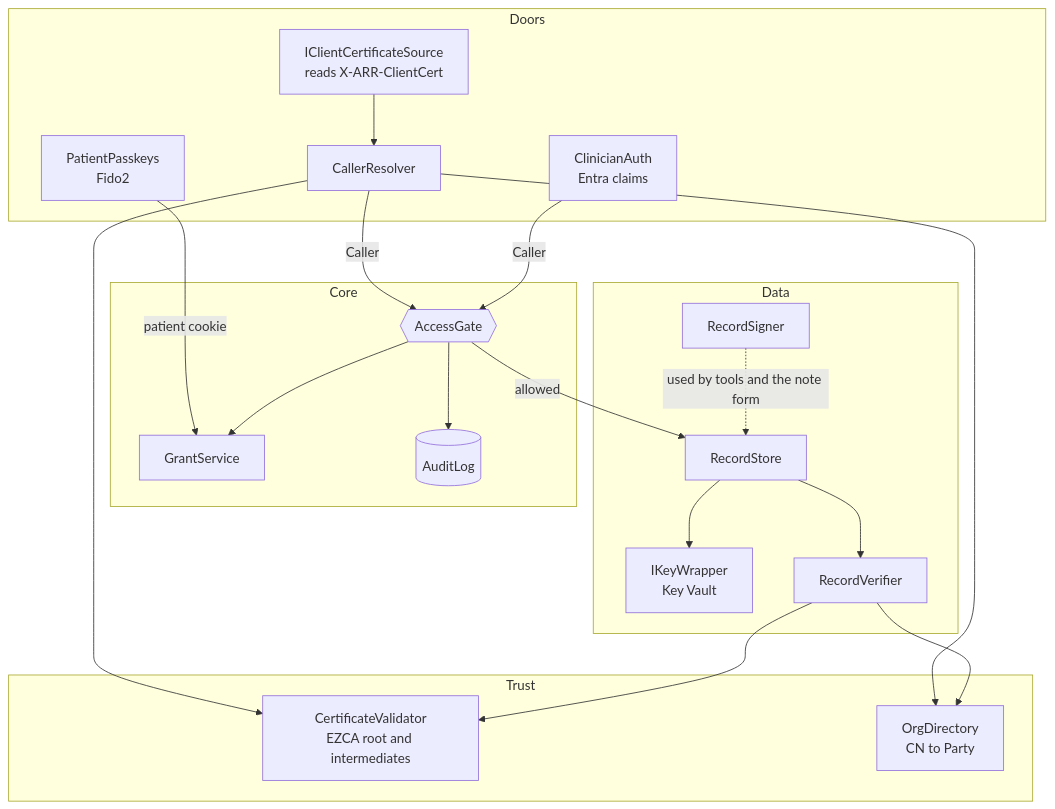
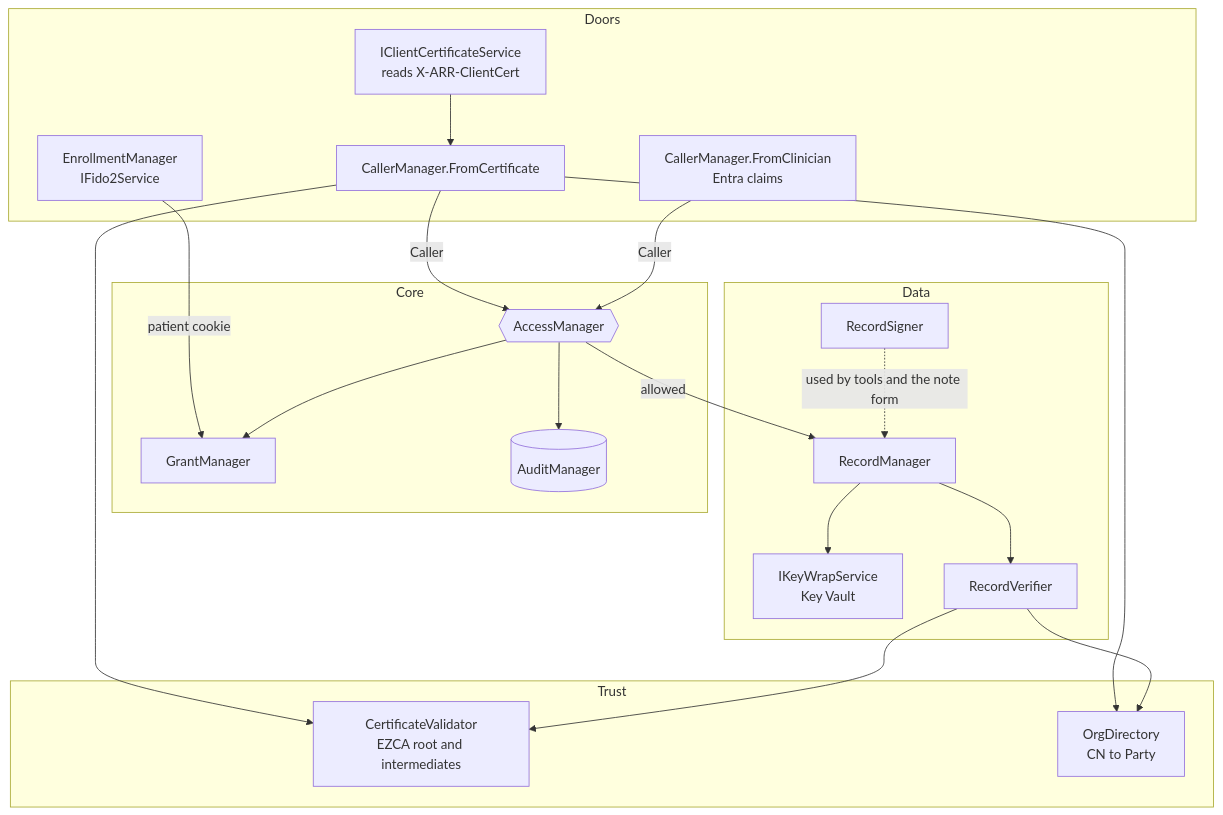
Before and after one commit to ParkerHitch/EZEHR: diagram 11 of 11 in docs/auth-flows.md, drawn with Mermaid. The commit also changed other lines of this file and 87 other files, not shown here.

````diff
--- a/docs/auth-flows.md
+++ b/docs/auth-flows.md
@@ -348,38 +348,38 @@
 ```mermaid
 flowchart TB
   subgraph Doors
-    CS["IClientCertificateSource<br/>reads X-ARR-ClientCert"]
-    CR["CallerResolver"]
-    PK["PatientPasskeys<br/>Fido2"]
-    CA["ClinicianAuth<br/>Entra claims"]
+    CS["IClientCertificateService<br/>reads X-ARR-ClientCert"]
+    CR["CallerManager.FromCertificate"]
+    PK["EnrollmentManager<br/>IFido2Service"]
+    CA["CallerManager.FromClinician<br/>Entra claims"]
   end
   subgraph Trust
     CV["CertificateValidator<br/>EZCA root and intermediates"]
     OD["OrgDirectory<br/>CN to Party"]
   end
   subgraph Core
-    G{{"AccessGate"}}
-    GS["GrantService"]
-    AL[("AuditLog")]
+    G{{"AccessManager"}}
+    GS["GrantManager"]
+    AL[("AuditManager")]
   end
   subgraph Data
-    RS["RecordStore"]
-    KW["IKeyWrapper<br/>Key Vault"]
+    RS["RecordManager"]
+    KW["IKeyWrapService<br/>Key Vault"]
     RV["RecordVerifier"]
     RSG["RecordSigner"]
   end
   CS --> CR
   CR --> CV
   CR --> OD
   CR -- "Caller" --> G
   CA -- "Caller" --> G
   PK -- "patient cookie" --> GS
   G --> GS
   G --> AL
   G -- "allowed" --> RS
   RS --> KW
   RS --> RV
   RV --> CV
   RV --> OD
   RSG -. "used by tools and the note form" .-> RS
 ```
````
